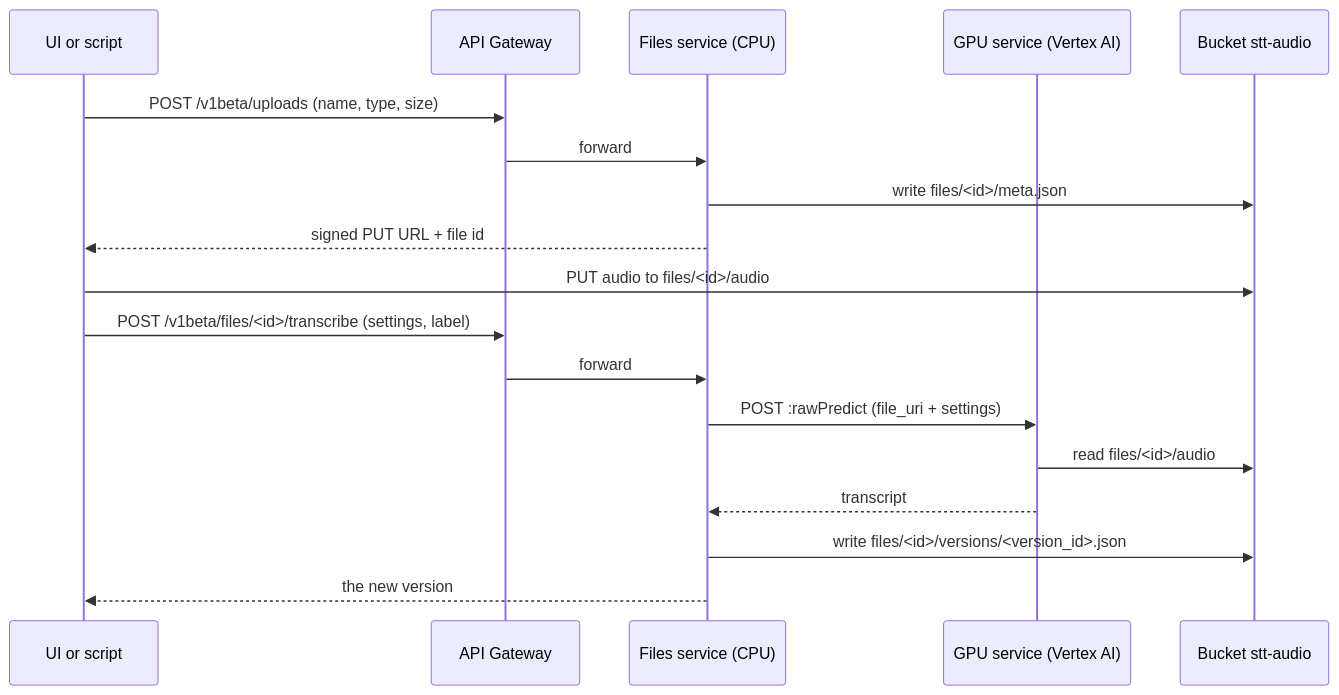
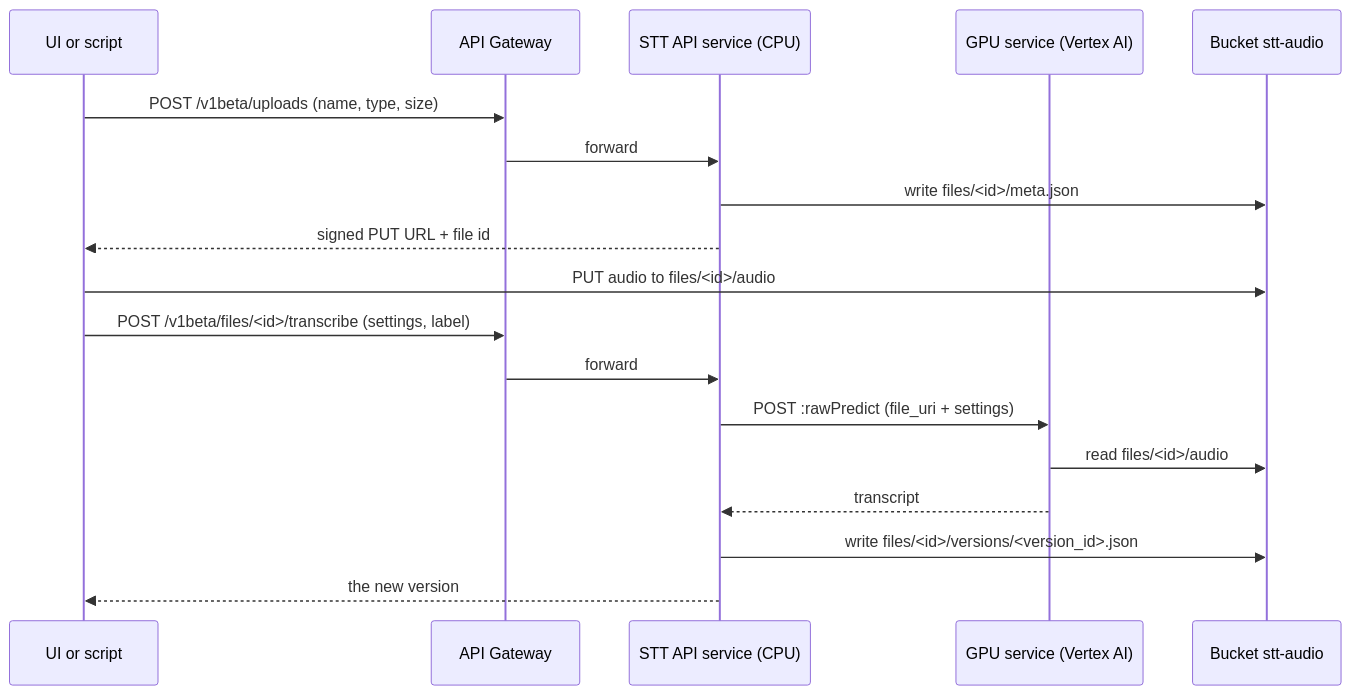
One commit to koval-yurko/custom-models-inference changed the first of 2 diagrams in docs/specs/2026-11-21-stt-a-design.md. Above: the diagram before and after it, drawn with Mermaid. The commit also changed other lines of this file and 57 other files, not shown here.

````diff
--- a/docs/specs/2026-11-21-stt-a-design.md
+++ b/docs/specs/2026-11-21-stt-a-design.md
@@ -127,20 +127,20 @@
 ```mermaid
 sequenceDiagram
   participant C as UI or script
   participant GW as API Gateway
-  participant F as Files service (CPU)
+  participant F as STT API service (CPU)
   participant V as GPU service (Vertex AI)
   participant B as Bucket stt-audio
   C->>GW: POST /v1beta/uploads (name, type, size)
   GW->>F: forward
   F->>B: write files/<id>/meta.json
   F-->>C: signed PUT URL + file id
   C->>B: PUT audio to files/<id>/audio
   C->>GW: POST /v1beta/files/<id>/transcribe (settings, label)
   GW->>F: forward
   F->>V: POST :rawPredict (file_uri + settings)
   V->>B: read files/<id>/audio
   V-->>F: transcript
   F->>B: write files/<id>/versions/<version_id>.json
   F-->>C: the new version
 ```
````
